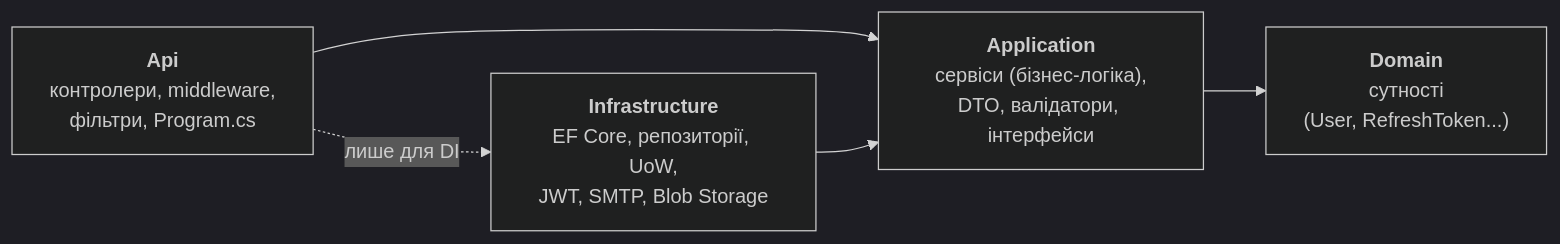
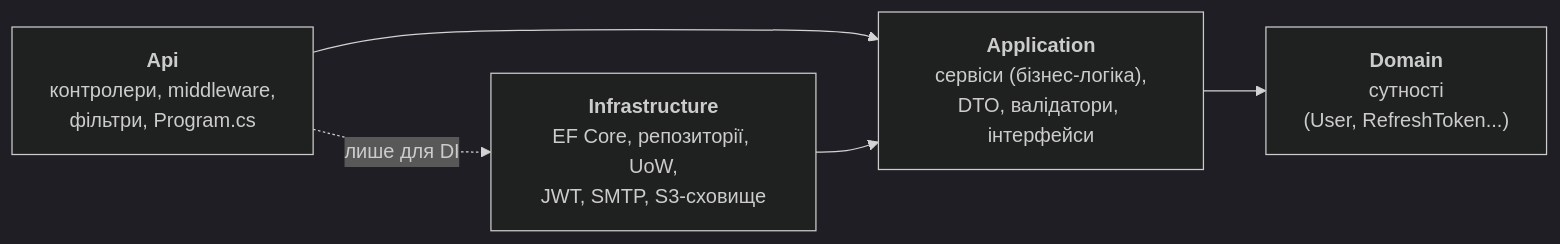
The first of 3 diagrams in docs/architecture.md (oket23/Social-Network-Backend), drawn with Mermaid (dark theme) before and after one commit. The commit also changed other lines of this file and 6 other files, not shown here.

````diff
--- a/docs/architecture.md
+++ b/docs/architecture.md
@@ -14,12 +15,12 @@
 ```mermaid
 flowchart LR
     Api["<b>Api</b><br/>контролери, middleware,<br/>фільтри, Program.cs"]
     App["<b>Application</b><br/>сервіси (бізнес-логіка),<br/>DTO, валідатори, інтерфейси"]
     Dom["<b>Domain</b><br/>сутності<br/>(User, RefreshToken...)"]
-    Inf["<b>Infrastructure</b><br/>EF Core, репозиторії, UoW,<br/>JWT, SMTP, Blob Storage"]
+    Inf["<b>Infrastructure</b><br/>EF Core, репозиторії, UoW,<br/>JWT, SMTP, S3-сховище"]
 
     Api --> App
     Api -. "лише для DI" .-> Inf
     Inf --> App
     App --> Dom
 ```
````
